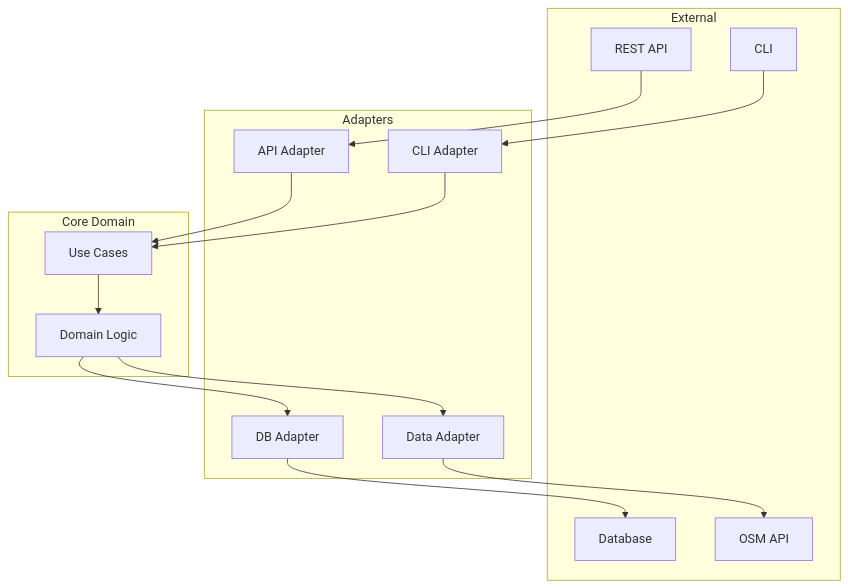
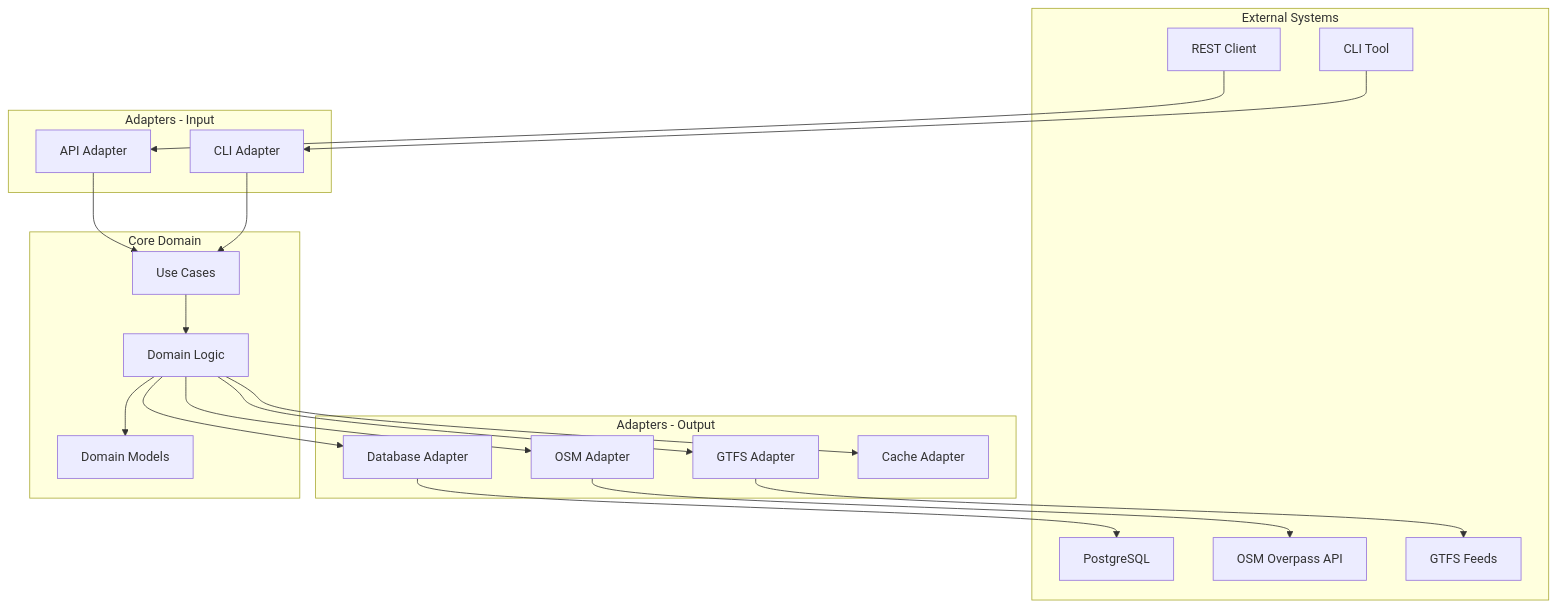
The third of 9 diagrams in ARCHITECTURE.md (ucid-foundation/ucid), drawn with Mermaid before and after one commit. The commit also changed other lines of this file and 174 other files, not shown here.

````diff
--- a/ARCHITECTURE.md
+++ b/ARCHITECTURE.md
@@ -112,31 +187,42 @@
 ```mermaid
 graph TB
-    subgraph "External"
-        REST[REST API]
-        CLI2[CLI]
-        DB[Database]
-        OSM2[OSM API]
+    subgraph "External Systems"
+        REST_Client[REST Client]
+        CLI_Tool[CLI Tool]
+        Database[PostgreSQL]
+        OSM_API[OSM Overpass API]
+        GTFS_Feed[GTFS Feeds]
     end
-    
-    subgraph "Adapters"
+
+    subgraph "Adapters - Input"
         APIAdapter[API Adapter]
         CLIAdapter[CLI Adapter]
-        DBAdapter[DB Adapter]
-        DataAdapter[Data Adapter]
     end
-    
+
+    subgraph "Adapters - Output"
+        DBAdapter[Database Adapter]
+        OSMAdapter[OSM Adapter]
+        GTFSAdapter[GTFS Adapter]
+        CacheAdapter[Cache Adapter]
+    end
+
     subgraph "Core Domain"
         UseCases[Use Cases]
-        Domain[Domain Logic]
+        DomainLogic[Domain Logic]
+        DomainModels[Domain Models]
     end
-    
-    REST --> APIAdapter
-    CLI2 --> CLIAdapter
+
+    REST_Client --> APIAdapter
+    CLI_Tool --> CLIAdapter
     APIAdapter --> UseCases
     CLIAdapter --> UseCases
-    UseCases --> Domain
-    Domain --> DBAdapter
-    Domain --> DataAdapter
-    DBAdapter --> DB
-    DataAdapter --> OSM2
+    UseCases --> DomainLogic
+    DomainLogic --> DomainModels
+    DomainLogic --> DBAdapter
+    DomainLogic --> OSMAdapter
+    DomainLogic --> GTFSAdapter
+    DomainLogic --> CacheAdapter
+    DBAdapter --> Database
+    OSMAdapter --> OSM_API
+    GTFSAdapter --> GTFS_Feed
 ```
````
